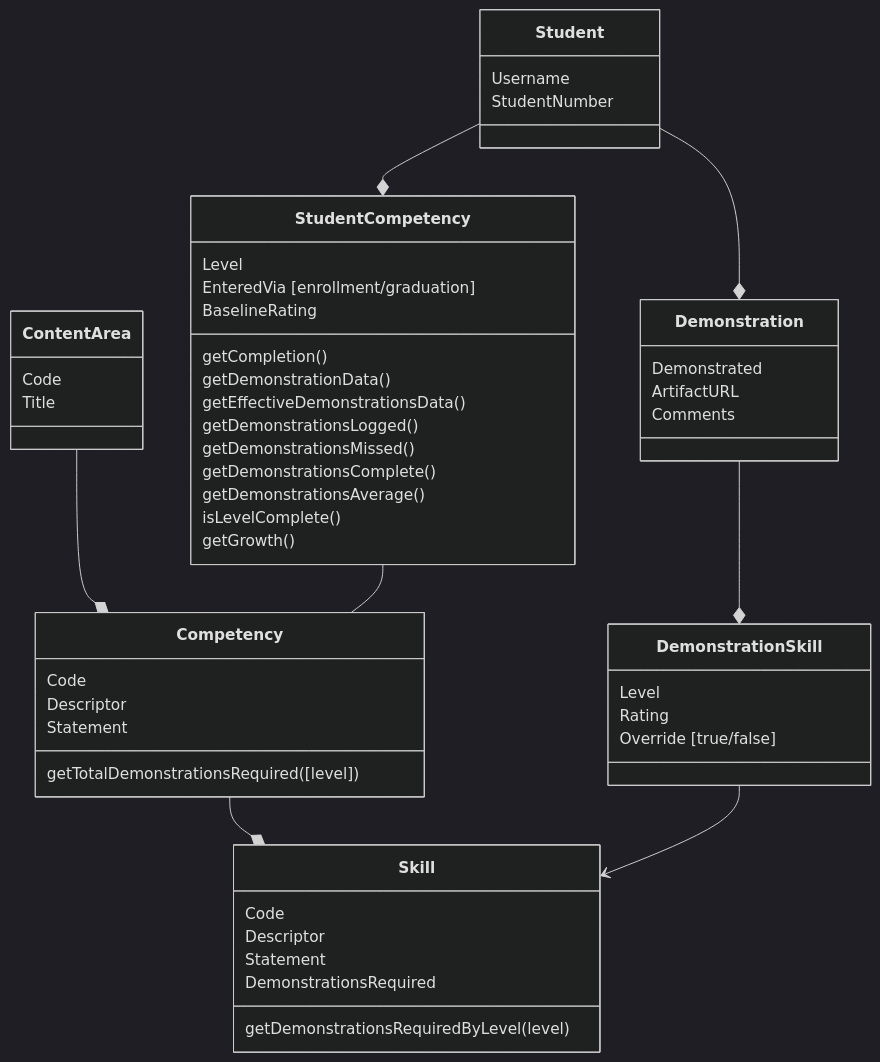
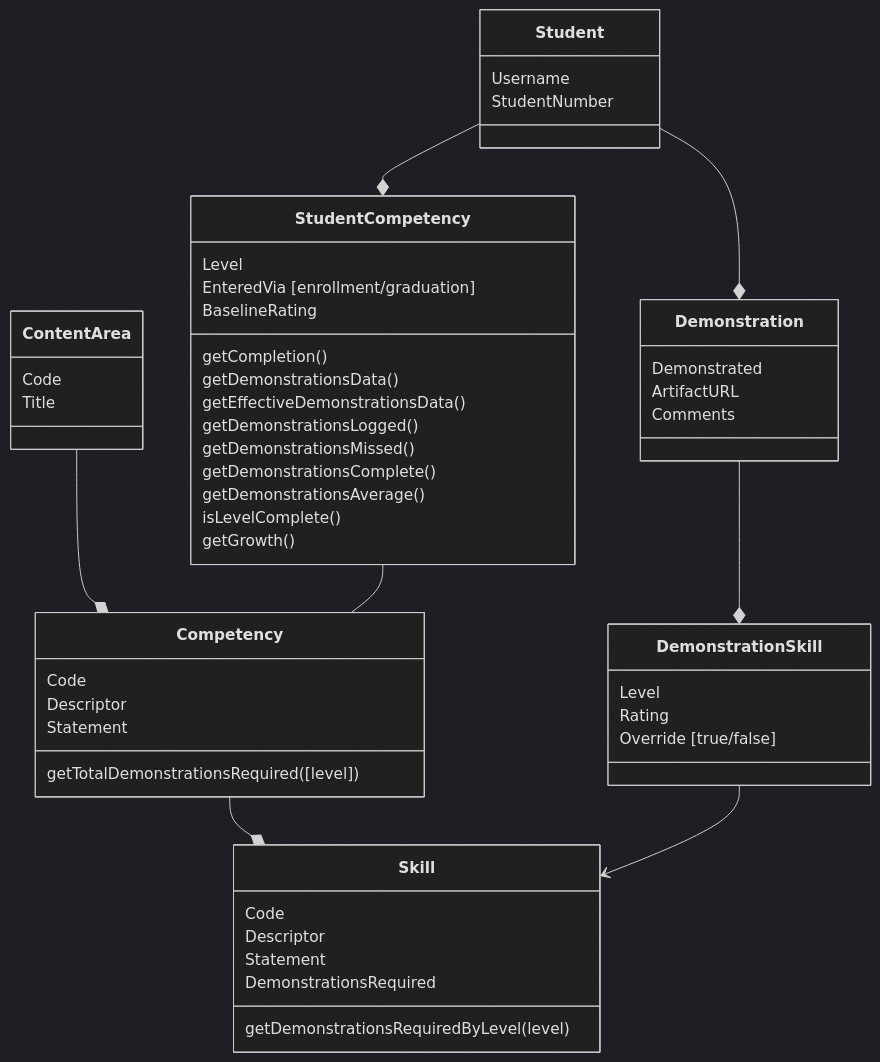
The diagram in docs/legacy-docs/data/README.md (SlateFoundation/slate-cbl), drawn with Mermaid (dark theme) before and after one commit. The commit also changed 5 other files, not shown here.

First line of the commit message:
refactor: rename getDemonstrationData to getDemonstrationsData

````diff
--- a/docs/legacy-docs/data/README.md
+++ b/docs/legacy-docs/data/README.md
@@ -3,52 +3,52 @@
 ```mermaid
 classDiagram
 
 ContentArea --* Competency
 Competency --* Skill
 
 Student --* StudentCompetency
 StudentCompetency -- Competency
 
 Student --* Demonstration
 Demonstration --* DemonstrationSkill
 DemonstrationSkill --> Skill
 
 ContentArea : Code
 ContentArea : Title
 
 Competency : Code
 Competency : Descriptor
 Competency : Statement
 Competency : getTotalDemonstrationsRequired([level])
 
 Skill : Code
 Skill : Descriptor
 Skill : Statement
 Skill : DemonstrationsRequired
 Skill : getDemonstrationsRequiredByLevel(level)
 
 Student : Username
 Student : StudentNumber
 
 StudentCompetency : Level
 StudentCompetency : EnteredVia [enrollment/graduation]
 StudentCompetency : BaselineRating
 StudentCompetency : getCompletion()
-StudentCompetency : getDemonstrationData()
+StudentCompetency : getDemonstrationsData()
 StudentCompetency : getEffectiveDemonstrationsData()
 StudentCompetency : getDemonstrationsLogged()
 StudentCompetency : getDemonstrationsMissed()
 StudentCompetency : getDemonstrationsComplete()
 StudentCompetency : getDemonstrationsAverage()
 StudentCompetency : isLevelComplete()
 StudentCompetency : getGrowth()
 
 Demonstration : Demonstrated
 Demonstration : ArtifactURL
 Demonstration : Comments
 
 DemonstrationSkill : Level
 DemonstrationSkill : Rating
 DemonstrationSkill : Override [true/false]
 
 ```
````
